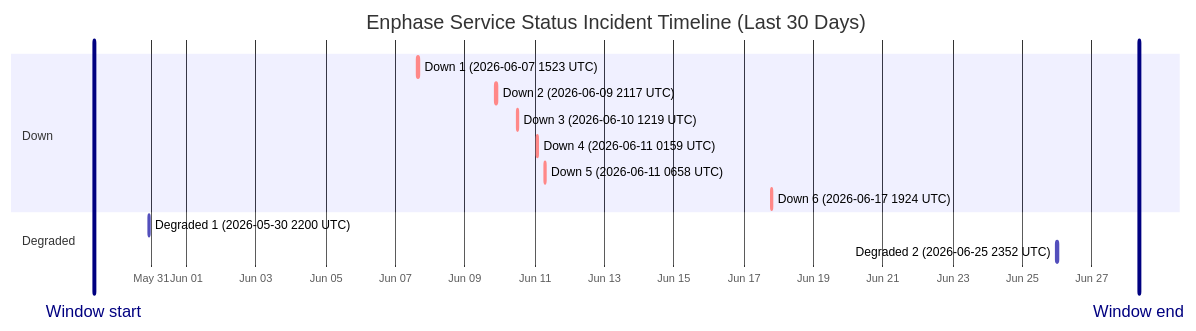
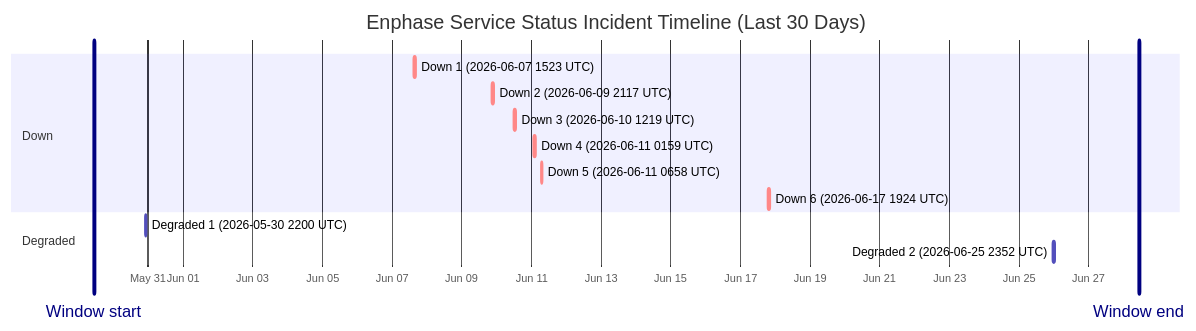
One commit to barneyonline/ha-enphase-energy changed the diagram in wiki/Service-Status-History.md. Above: the diagram before and after it, drawn with Mermaid. The commit also changed other lines of this file and 3 other files, not shown here.

````diff
--- a/wiki/Service-Status-History.md
+++ b/wiki/Service-Status-History.md
@@ -14,18 +14,18 @@
 ```mermaid
 gantt
     title Enphase Service Status Incident Timeline (Last 30 Days)
     dateFormat  YYYY-MM-DDTHH:mm:ss
     axisFormat  %b %d
-    Window start :vert, window-start, 2026-05-29T08:26:18, 0ms
-    Window end :vert, window-end, 2026-06-28T08:26:18, 0ms
+    Window start :vert, window-start, 2026-05-29T10:39:59, 0ms
+    Window end :vert, window-end, 2026-06-28T10:39:59, 0ms
     section Down
     Down 1 (2026-06-07 1523 UTC) :crit, down-1, 2026-06-07T15:23:22, 87m
     Down 2 (2026-06-09 2117 UTC) :crit, down-2, 2026-06-09T21:17:17, 60m
     Down 3 (2026-06-10 1219 UTC) :crit, down-3, 2026-06-10T12:19:21, 60m
     Down 4 (2026-06-11 0159 UTC) :crit, down-4, 2026-06-11T01:59:36, 60m
     Down 5 (2026-06-11 0658 UTC) :crit, down-5, 2026-06-11T06:58:45, 60m
     Down 6 (2026-06-17 1924 UTC) :crit, down-6, 2026-06-17T19:24:51, 60m
     section Degraded
     Degraded 1 (2026-05-30 2200 UTC) :active, degraded-1, 2026-05-30T22:00:37, 60m
     Degraded 2 (2026-06-25 2352 UTC) :active, degraded-2, 2026-06-25T23:52:01, 60m
 ```
````
